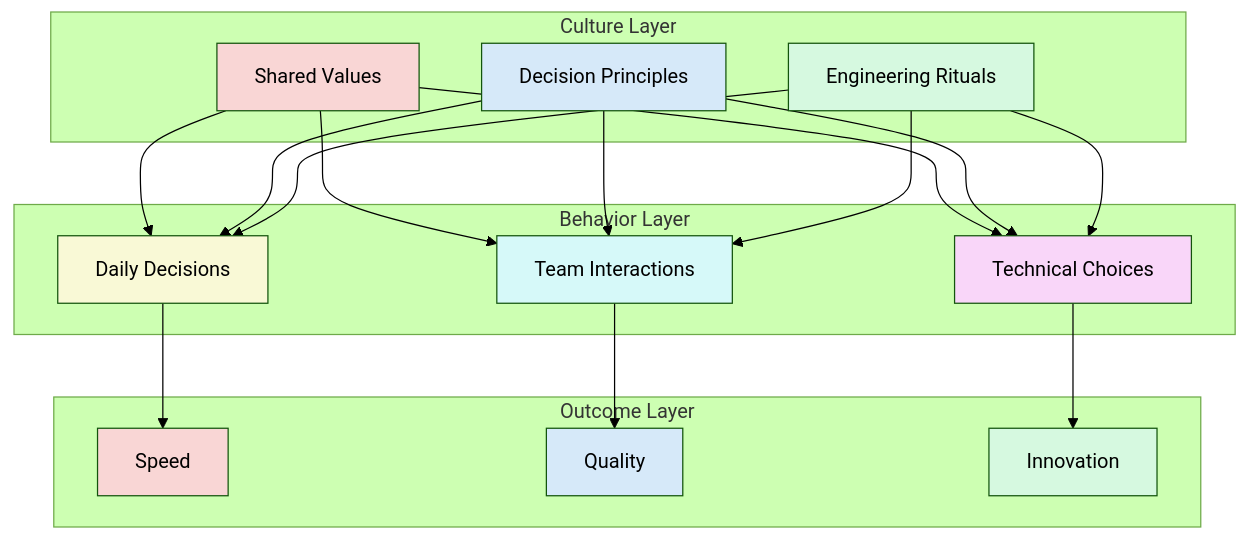
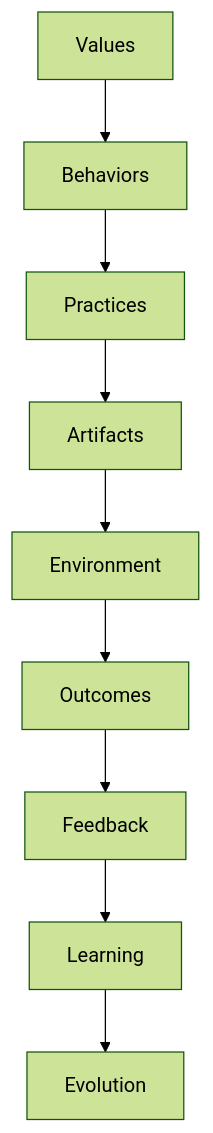
One commit to carlsendk/tech-leadership changed the diagram in src/content/wiki/culture/culture-framework.md. Above: the diagram before and after it, drawn with Mermaid (forest theme). The commit also changed 16 other files, not shown here.

````diff
--- a/src/content/wiki/culture/culture-framework.md
+++ b/src/content/wiki/culture/culture-framework.md
@@ -17,44 +17,11 @@
 ```mermaid
 graph TD
-    subgraph "Culture Layer"
-        A[Shared Values]
-        B[Decision Principles]
-        C[Engineering Rituals]
-    end
-    
-    subgraph "Behavior Layer"
-        D[Daily Decisions]
-        E[Team Interactions]
-        F[Technical Choices]
-    end
-    
-    subgraph "Outcome Layer"
-        G[Speed]
-        H[Quality]
-        I[Innovation]
-    end
-    
-    A --> D
-    B --> D
-    C --> D
-    A --> E
-    B --> E
-    C --> E
-    A --> F
-    B --> F
-    C --> F
-    
-    D --> G
-    E --> H
-    F --> I
-    
-    style A fill:#f9d6d5
-    style B fill:#d6e9f9
-    style C fill:#d6f9e0
-    style D fill:#f9f9d6
-    style E fill:#d6f9f9
-    style F fill:#f9d6f9
-    style G fill:#f9d6d5
-    style H fill:#d6e9f9
-    style I fill:#d6f9e0
+    A[Values] --> B[Behaviors]
+    B --> C[Practices]
+    C --> D[Artifacts]
+    D --> E[Environment]
+    E --> F[Outcomes]
+    F --> G[Feedback]
+    G --> H[Learning]
+    H --> I[Evolution]
 ```
````
